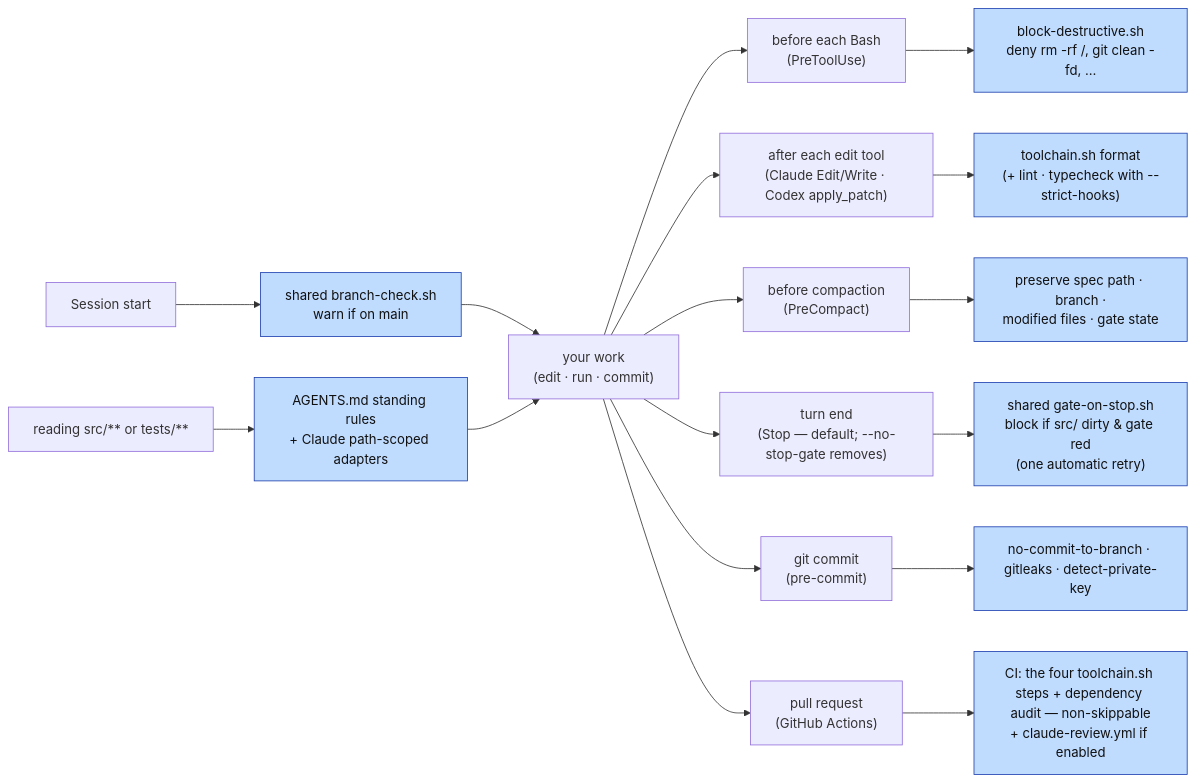
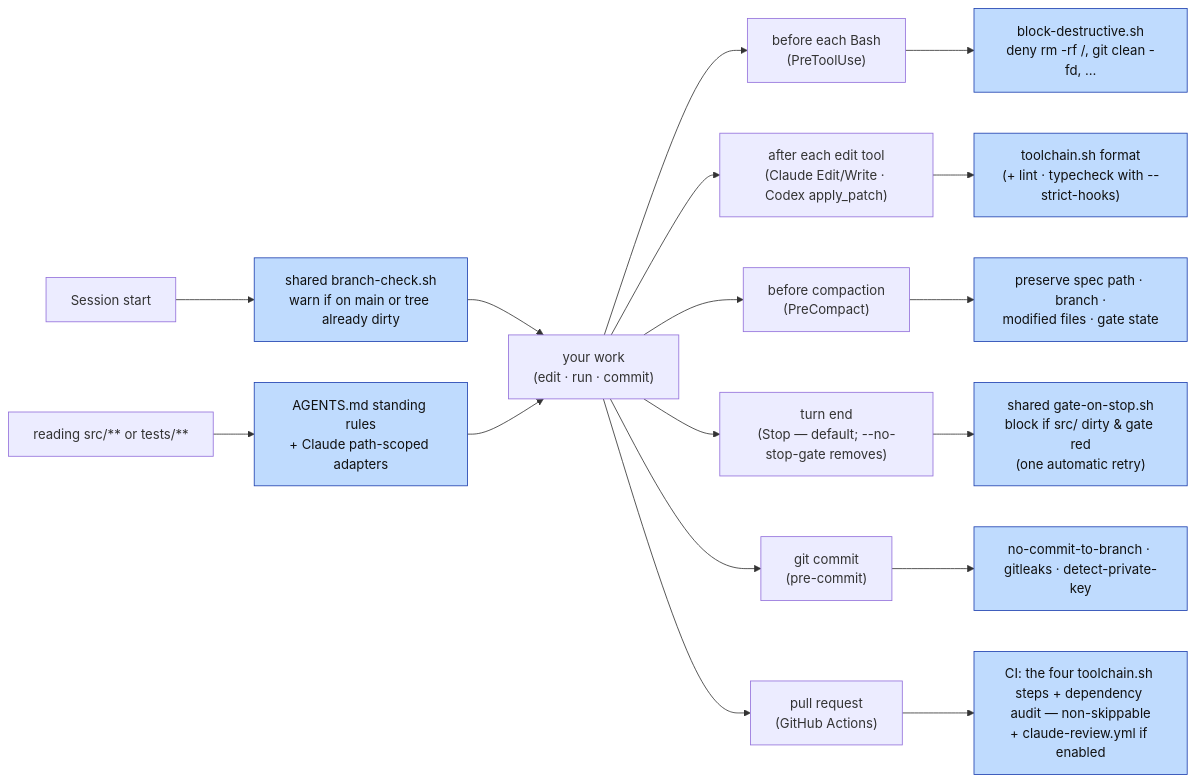
The fourth of 6 diagrams in custom/docs/workflow-diagram.md (bbirkinbine/agentic-scaffold), drawn with Mermaid before and after one commit. The commit also changed 27 other files, not shown here.

First line of the commit message:
Warn when a session starts in a checkout someone else is editing

````diff
--- a/custom/docs/workflow-diagram.md
+++ b/custom/docs/workflow-diagram.md
@@ -178,15 +178,15 @@
 ```mermaid
 flowchart LR
     W["your work<br/>(edit · run · commit)"]
-    SS["Session start"] --> SSb["shared branch-check.sh<br/>warn if on main"] --> W
+    SS["Session start"] --> SSb["shared branch-check.sh<br/>warn if on main or tree already dirty"] --> W
     RL["reading src/** or tests/**"] --> RLb["AGENTS.md standing rules<br/>+ Claude path-scoped adapters"] --> W
     W --> PRE["before each Bash<br/>(PreToolUse)"] --> PREb["block-destructive.sh<br/>deny rm -rf /, git clean -fd, …"]
     W --> POST["after each edit tool<br/>(Claude Edit/Write · Codex apply_patch)"] --> POSTb["toolchain.sh format<br/>(+ lint · typecheck with --strict-hooks)"]
     W --> CMP["before compaction<br/>(PreCompact)"] --> CMPb["preserve spec path · branch ·<br/>modified files · gate state"]
     W --> STOP["turn end<br/>(Stop — default; --no-stop-gate removes)"] --> STOPb["shared gate-on-stop.sh<br/>block if src/ dirty & gate red<br/>(one automatic retry)"]
     W --> PC["git commit<br/>(pre-commit)"] --> PCb["no-commit-to-branch · gitleaks · detect-private-key"]
     W --> CIp["pull request<br/>(GitHub Actions)"] --> CIb["CI: the four toolchain.sh steps + dependency audit — non-skippable<br/>+ claude-review.yml if enabled"]
 
     classDef auto fill:#bfdbfe,stroke:#1e40af,color:#111;
     class SSb,RLb,PREb,POSTb,CMPb,STOPb,PCb,CIb auto;
 ```
````
